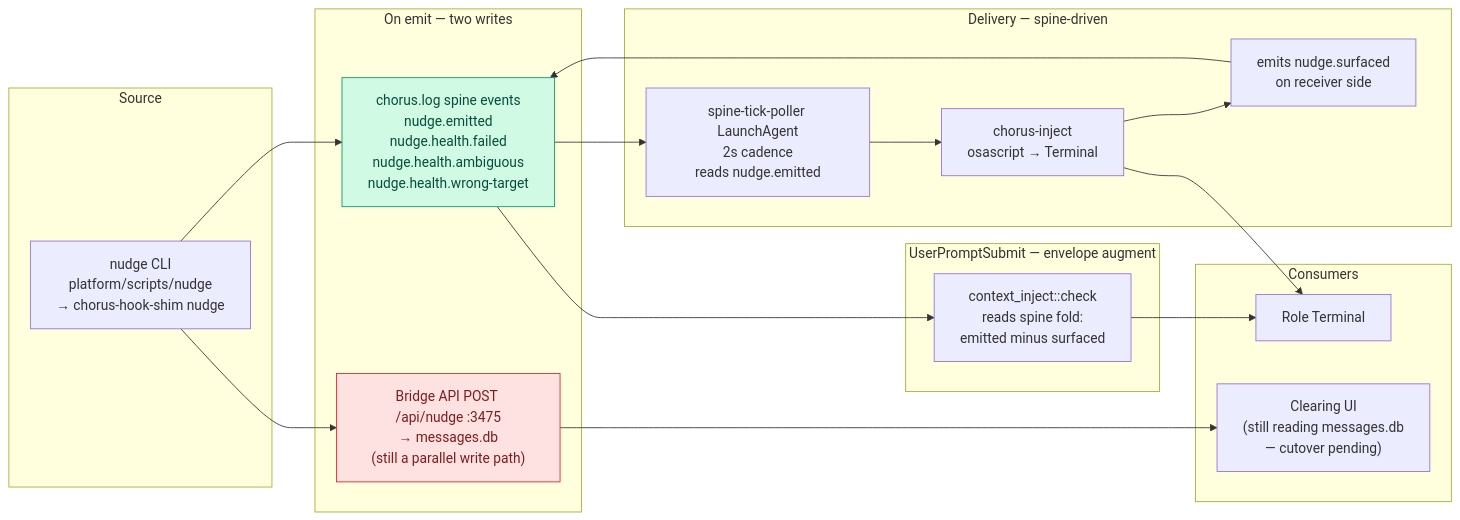
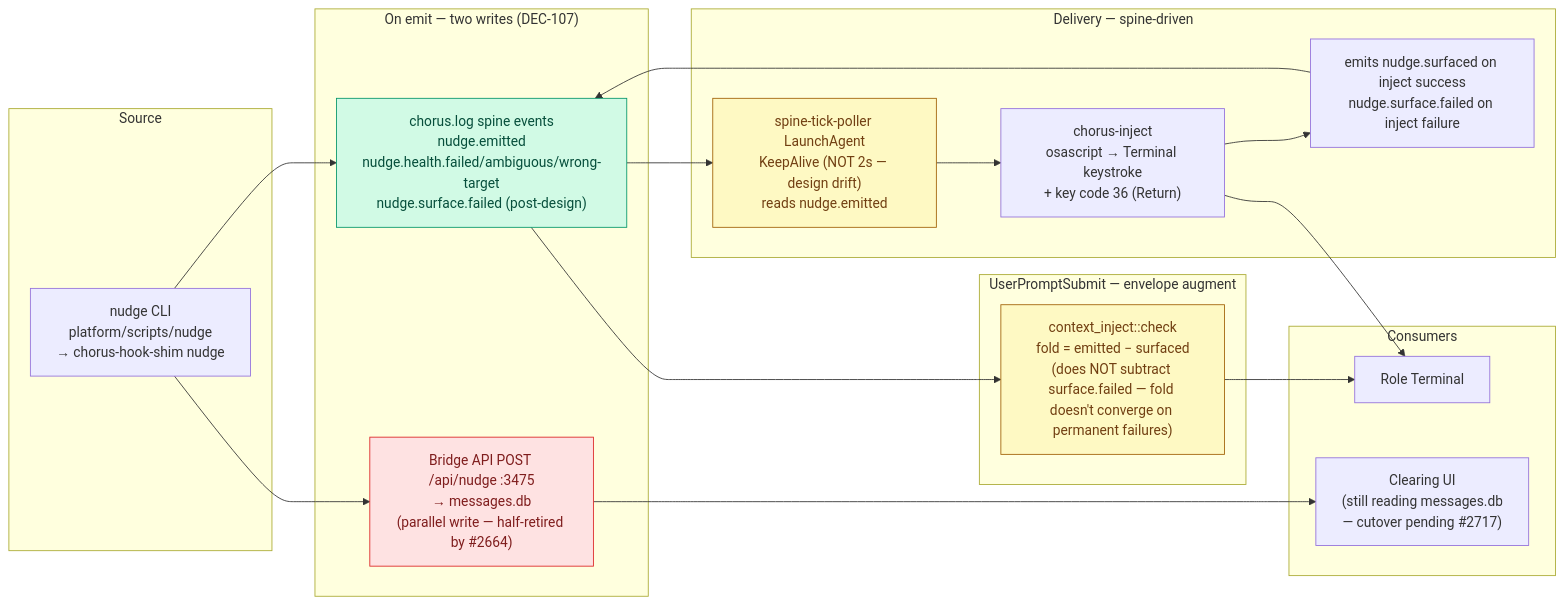
The first of 2 diagrams in designing/docs/nudge-service-design.md (gathering-chorus/chorus), drawn with Mermaid before and after one commit. The commit also changed other lines of this file and 6 other files, not shown here.

````diff
--- a/designing/docs/nudge-service-design.md
+++ b/designing/docs/nudge-service-design.md
@@ -13,42 +20,44 @@
 ```mermaid
 flowchart LR
   subgraph P["Source"]
     CLI["nudge CLI<br/>platform/scripts/nudge<br/>→ chorus-hook-shim nudge"]
   end
 
-  subgraph WRITES["On emit — two writes"]
-    SPN["chorus.log spine events<br/>nudge.emitted<br/>nudge.health.failed<br/>nudge.health.ambiguous<br/>nudge.health.wrong-target"]
-    BRI["Bridge API POST /api/nudge :3475<br/>→ messages.db<br/>(still a parallel write path)"]
+  subgraph WRITES["On emit — two writes (DEC-107)"]
+    SPN["chorus.log spine events<br/>nudge.emitted<br/>nudge.health.failed/ambiguous/wrong-target<br/>nudge.surface.failed (post-design)"]
+    BRI["Bridge API POST /api/nudge :3475<br/>→ messages.db<br/>(parallel write — half-retired by #2664)"]
   end
 
   subgraph DEL["Delivery — spine-driven"]
-    POLL["spine-tick-poller LaunchAgent<br/>2s cadence<br/>reads nudge.emitted"]
-    INJ["chorus-inject<br/>osascript → Terminal"]
-    SURF["emits nudge.surfaced<br/>on receiver side"]
+    POLL["spine-tick-poller LaunchAgent<br/>KeepAlive (NOT 2s — design drift)<br/>reads nudge.emitted"]
+    INJ["chorus-inject<br/>osascript → Terminal keystroke<br/>+ key code 36 (Return)"]
+    SURF["emits nudge.surfaced on inject success<br/>nudge.surface.failed on inject failure"]
   end
 
   subgraph DRAIN["UserPromptSubmit — envelope augment"]
-    CHK["context_inject::check<br/>reads spine fold:<br/>emitted minus surfaced"]
+    CHK["context_inject::check<br/>fold = emitted − surfaced<br/>(does NOT subtract surface.failed — fold doesn't converge on permanent failures)"]
   end
 
   subgraph CONS["Consumers"]
     TERM["Role Terminal"]
-    CLEAR["Clearing UI<br/>(still reading messages.db<br/>— cutover pending)"]
+    CLEAR["Clearing UI<br/>(still reading messages.db<br/>— cutover pending #2717)"]
   end
 
   CLI --> SPN
   CLI --> BRI
   SPN --> POLL
   POLL --> INJ
   INJ --> TERM
   INJ --> SURF
   SURF --> SPN
   SPN --> CHK
   CHK --> TERM
   BRI --> CLEAR
 
   classDef competing fill:#fee2e2,stroke:#dc2626,color:#7f1d1d
   classDef canon fill:#d1fae5,stroke:#059669,color:#064e3b
+  classDef drift fill:#fef9c3,stroke:#a16207,color:#713f12
   class BRI competing
   class SPN canon
+  class POLL,CHK drift
 ```
````
